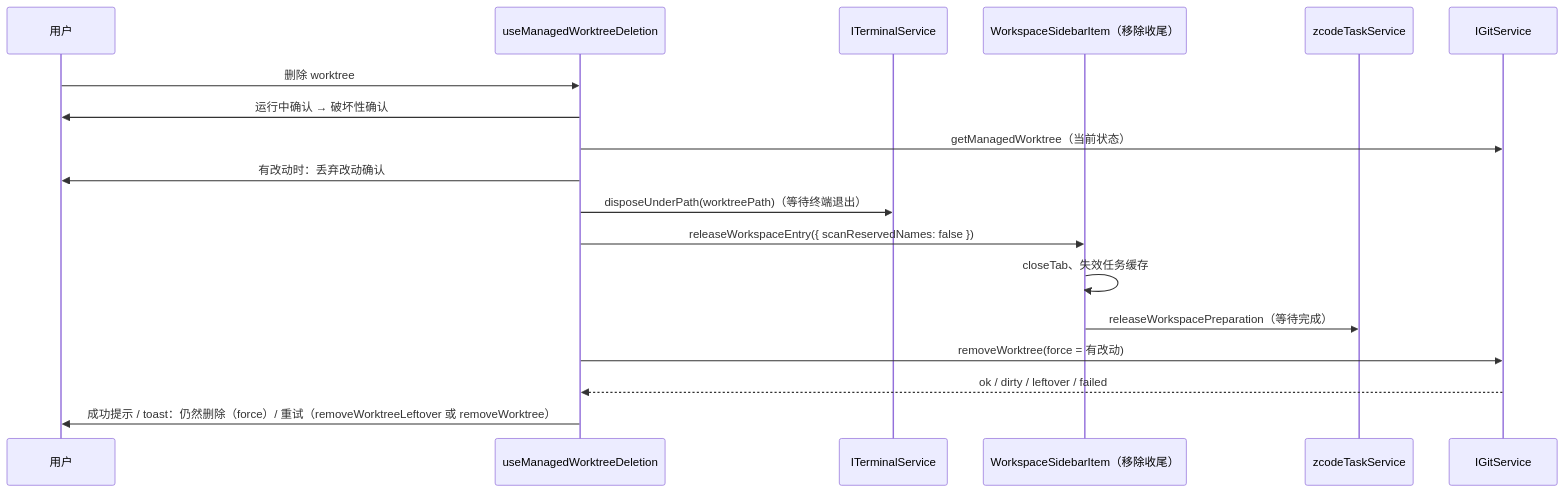
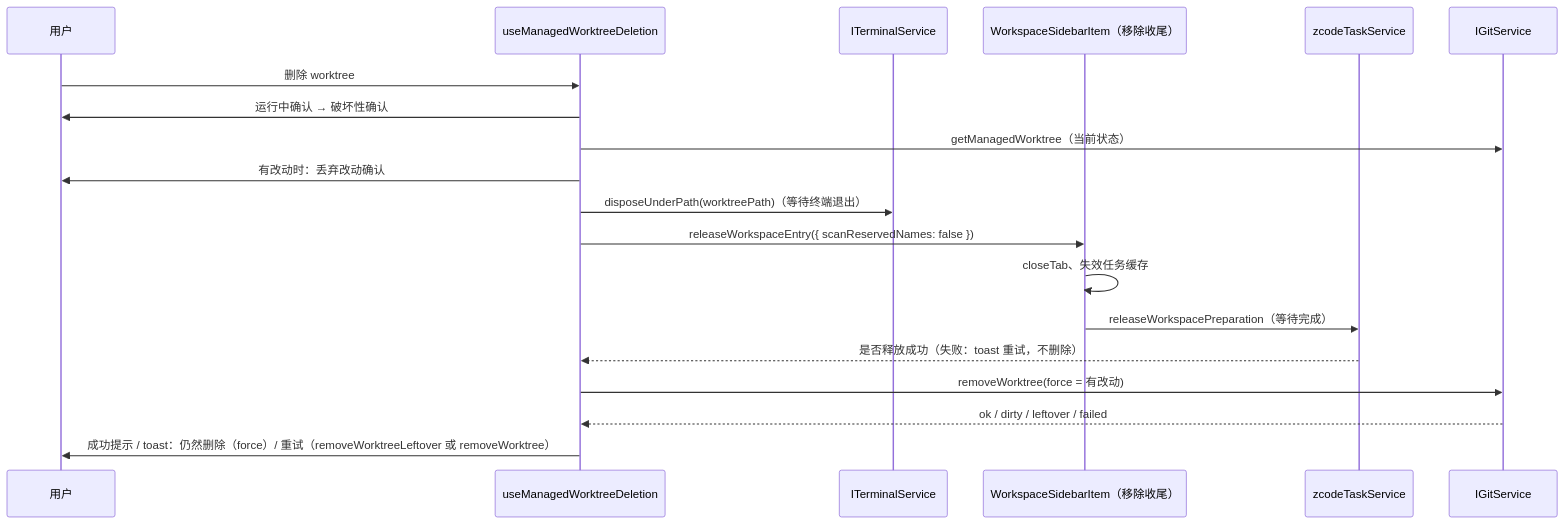
One commit to jptorres26/ZCode changed the first of 2 diagrams in docs/specs/git-worktree-task.md. Above: the diagram before and after it, drawn with Mermaid. The commit also changed other lines of this file and 8 other files, not shown here.

````diff
--- a/docs/specs/git-worktree-task.md
+++ b/docs/specs/git-worktree-task.md
@@ -93,20 +97,21 @@
 ```mermaid
 sequenceDiagram
   participant U as 用户
   participant H as useManagedWorktreeDeletion
   participant T as ITerminalService
   participant S as WorkspaceSidebarItem（移除收尾）
   participant R as zcodeTaskService
   participant G as IGitService
   U->>H: 删除 worktree
   H->>U: 运行中确认 → 破坏性确认
   H->>G: getManagedWorktree（当前状态）
   H->>U: 有改动时：丢弃改动确认
   H->>T: disposeUnderPath(worktreePath)（等待终端退出）
   H->>S: releaseWorkspaceEntry({ scanReservedNames: false })
   S->>S: closeTab、失效任务缓存
   S->>R: releaseWorkspacePreparation（等待完成）
+  R-->>H: 是否释放成功（失败：toast 重试，不删除）
   H->>G: removeWorktree(force = 有改动)
   G-->>H: ok / dirty / leftover / failed
   H->>U: 成功提示 / toast：仍然删除（force）/ 重试（removeWorktreeLeftover 或 removeWorktree）
 ```
````
